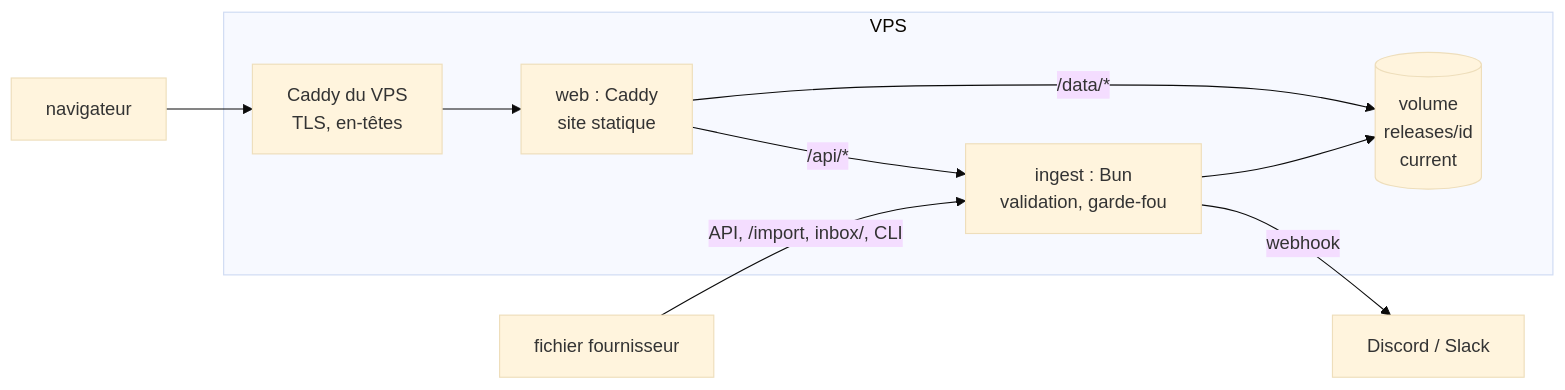
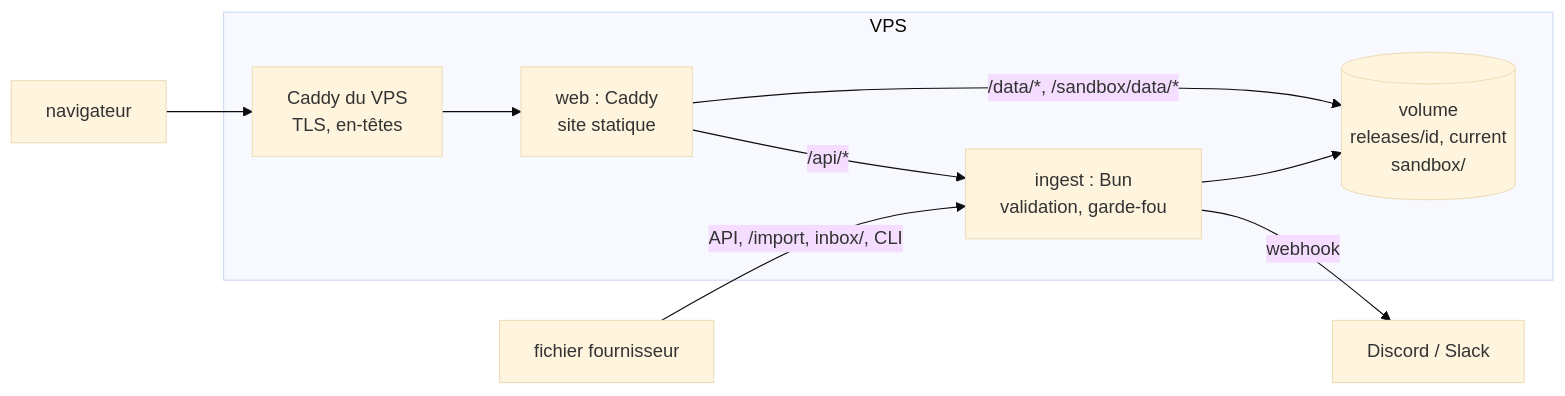
The first of 2 diagrams in README.md (eyjvw/mybestsim), drawn with Mermaid (base theme) before and after one commit. The commit also changed other lines of this file and 12 other files, not shown here.

First line of the commit message:
docs: refresh README, roadmap and screenshots (#27)

````diff
--- a/README.md
+++ b/README.md
@@ -100,12 +107,12 @@
 ```mermaid
 flowchart LR
   subgraph VPS
     proxy["Caddy du VPS<br/>TLS, en-têtes"] --> web["web : Caddy<br/>site statique"]
-    web -- "/data/*" --> vol[("volume<br/>releases/id<br/>current")]
+    web -- "/data/*, /sandbox/data/*" --> vol[("volume<br/>releases/id, current<br/>sandbox/")]
     web -- "/api/*" --> ingest["ingest : Bun<br/>validation, garde-fou"]
     ingest --> vol
   end
   nav["navigateur"] --> proxy
   fournisseur["fichier fournisseur"] -- "API, /import, inbox/, CLI" --> ingest
   ingest -- webhook --> equipe["Discord / Slack"]
 ```
````
